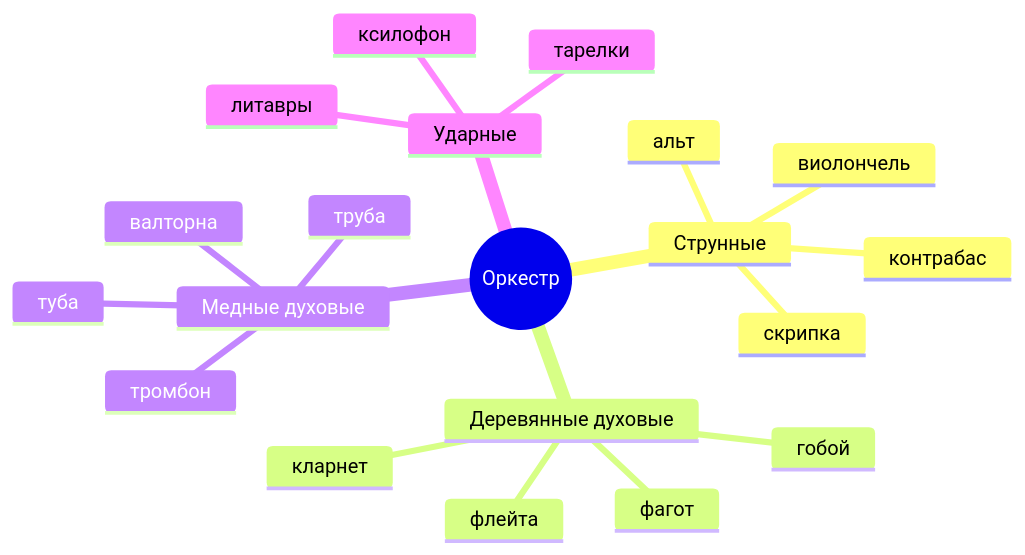
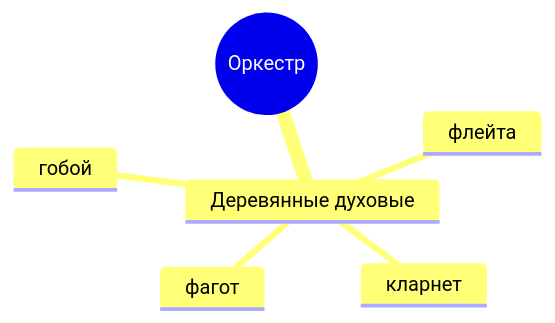
The second of 8 diagrams in examples/documents/25-arts-tech.md (kscht/spiridus-docs), drawn with Mermaid before and after one commit. The commit also changed other lines of this file and 56 other files, not shown here.

````diff
--- a/examples/documents/25-arts-tech.md
+++ b/examples/documents/25-arts-tech.md
@@ -68,23 +78,9 @@
 ```mermaid
 mindmap
   root((Оркестр))
-    Струнные
-      скрипка
-      альт
-      виолончель
-      контрабас
     Деревянные духовые
       флейта
       гобой
       кларнет
       фагот
-    Медные духовые
-      труба
-      валторна
-      тромбон
-      туба
-    Ударные
-      литавры
-      ксилофон
-      тарелки
 ```
````
